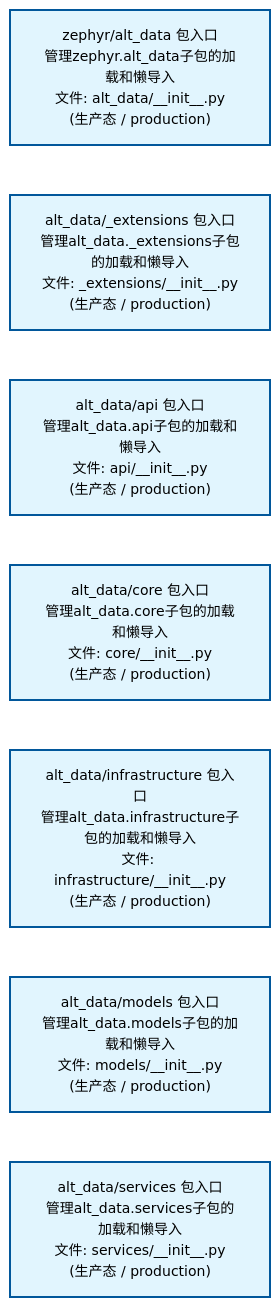
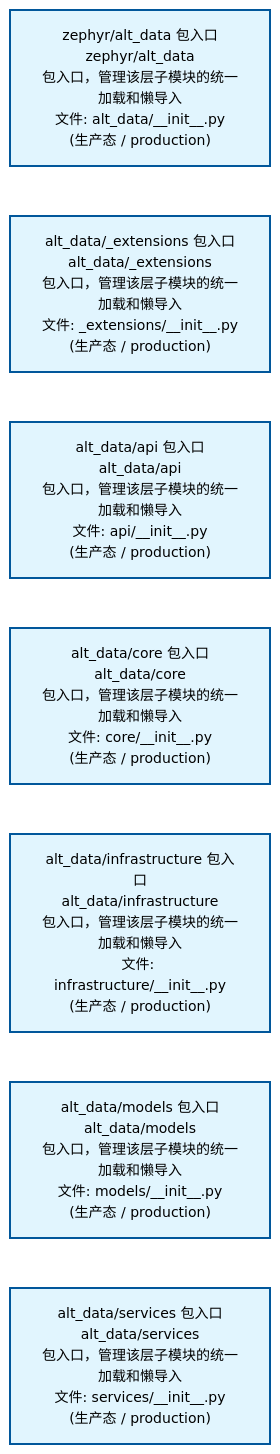
One commit to xuanFelixVan/ZephyrAlpha changed the first of 2 diagrams in docs/02_enterprise_architecture/02_domain_architecture_docs/09_d_alt_data.md. Above: the diagram before and after it, drawn with Mermaid. The commit also changed other lines of this file and 58 other files, not shown here.

````diff
--- a/docs/02_enterprise_architecture/02_domain_architecture_docs/09_d_alt_data.md
+++ b/docs/02_enterprise_architecture/02_domain_architecture_docs/09_d_alt_data.md
@@ -53,22 +53,22 @@
 ```mermaid
 %%{init: {'theme': 'base', 'themeVariables': {'primaryColor': '#eaeaea', 'primaryTextColor': '#333333', 'primaryBorderColor': '#666666', 'lineColor': '#666666', 'secondaryColor': '#eaeaea', 'tertiaryColor': '#eaeaea', 'fontSize': '14px'}}}%%
 flowchart TD
-    src_zephyr_alt_data_init_py["zephyr/alt_data 包入口<br/>管理zephyr.alt_data子包的加载和懒导入<br/>文件: alt_data/__init__.py<br/>(生产态 / production)"]
-    src_zephyr_alt_data_extensions_init_py["alt_data/_extensions 包入口<br/>管理alt_data._extensions子包的加载和懒导入<br/>文件: _extensions/__init__.py<br/>(生产态 / production)"]
-    src_zephyr_alt_data_api_init_py["alt_data/api 包入口<br/>管理alt_data.api子包的加载和懒导入<br/>文件: api/__init__.py<br/>(生产态 / production)"]
-    src_zephyr_alt_data_core_init_py["alt_data/core 包入口<br/>管理alt_data.core子包的加载和懒导入<br/>文件: core/__init__.py<br/>(生产态 / production)"]
-    src_zephyr_alt_data_infrastructure_init_py["alt_data/infrastructure 包入口<br/>管理alt_data.infrastructure子包的加载和懒导入<br/>文件: infrastructure/__init__.py<br/>(生产态 / production)"]
-    src_zephyr_alt_data_models_init_py["alt_data/models 包入口<br/>管理alt_data.models子包的加载和懒导入<br/>文件: models/__init__.py<br/>(生产态 / production)"]
-    src_zephyr_alt_data_services_init_py["alt_data/services 包入口<br/>管理alt_data.services子包的加载和懒导入<br/>文件: services/__init__.py<br/>(生产态 / production)"]
+    src_zephyr_alt_data_init_py["zephyr/alt_data 包入口<br/>zephyr/alt_data<br/>包入口，管理该层子模块的统一加载和懒导入<br/>文件: alt_data/__init__.py<br/>(生产态 / production)"]
+    src_zephyr_alt_data_extensions_init_py["alt_data/_extensions 包入口<br/>alt_data/_extensions<br/>包入口，管理该层子模块的统一加载和懒导入<br/>文件: _extensions/__init__.py<br/>(生产态 / production)"]
+    src_zephyr_alt_data_api_init_py["alt_data/api 包入口<br/>alt_data/api<br/>包入口，管理该层子模块的统一加载和懒导入<br/>文件: api/__init__.py<br/>(生产态 / production)"]
+    src_zephyr_alt_data_core_init_py["alt_data/core 包入口<br/>alt_data/core<br/>包入口，管理该层子模块的统一加载和懒导入<br/>文件: core/__init__.py<br/>(生产态 / production)"]
+    src_zephyr_alt_data_infrastructure_init_py["alt_data/infrastructure 包入口<br/>alt_data/infrastructure<br/>包入口，管理该层子模块的统一加载和懒导入<br/>文件: infrastructure/__init__.py<br/>(生产态 / production)"]
+    src_zephyr_alt_data_models_init_py["alt_data/models 包入口<br/>alt_data/models<br/>包入口，管理该层子模块的统一加载和懒导入<br/>文件: models/__init__.py<br/>(生产态 / production)"]
+    src_zephyr_alt_data_services_init_py["alt_data/services 包入口<br/>alt_data/services<br/>包入口，管理该层子模块的统一加载和懒导入<br/>文件: services/__init__.py<br/>(生产态 / production)"]
     src_zephyr_alt_data_init_py ~~~ src_zephyr_alt_data_extensions_init_py
     src_zephyr_alt_data_extensions_init_py ~~~ src_zephyr_alt_data_api_init_py
     src_zephyr_alt_data_api_init_py ~~~ src_zephyr_alt_data_core_init_py
     src_zephyr_alt_data_core_init_py ~~~ src_zephyr_alt_data_infrastructure_init_py
     src_zephyr_alt_data_infrastructure_init_py ~~~ src_zephyr_alt_data_models_init_py
     src_zephyr_alt_data_models_init_py ~~~ src_zephyr_alt_data_services_init_py
     classDef production fill:#e1f5fe,stroke:#01579b,stroke-width:2px,color:#000
     classDef design fill:#fff3e0,stroke:#e65100,stroke-width:2px,color:#000,stroke-dasharray: 5 5
     classDef external_prod fill:#e8f4fd,stroke:#0277bd,stroke-width:1px,color:#000
     classDef external_design fill:#fff8e7,stroke:#ef6c00,stroke-width:1px,color:#000,stroke-dasharray: 5 5
     class src_zephyr_alt_data_init_py,src_zephyr_alt_data_extensions_init_py,src_zephyr_alt_data_api_init_py,src_zephyr_alt_data_core_init_py,src_zephyr_alt_data_infrastructure_init_py,src_zephyr_alt_data_models_init_py,src_zephyr_alt_data_services_init_py production
 ```
````
